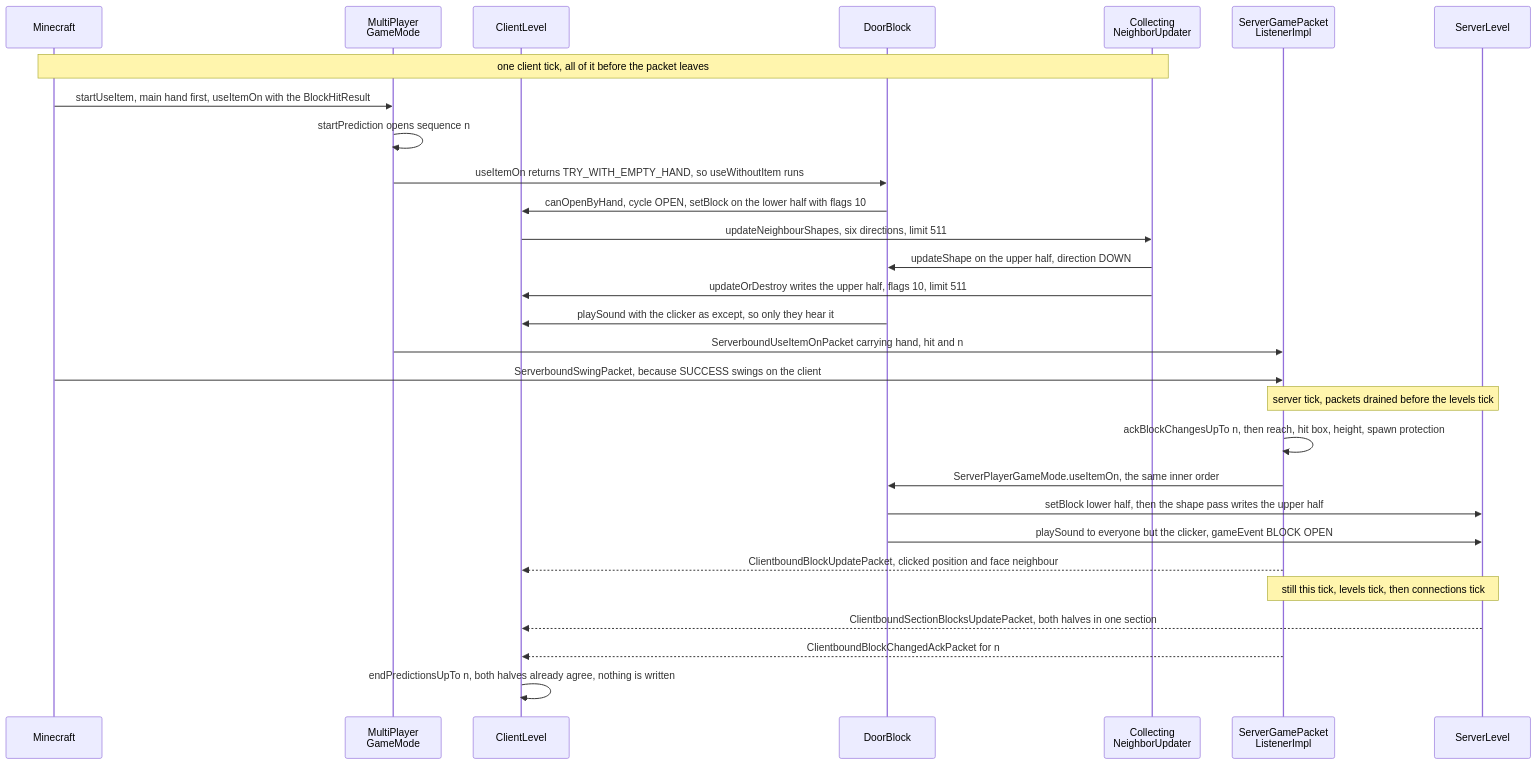
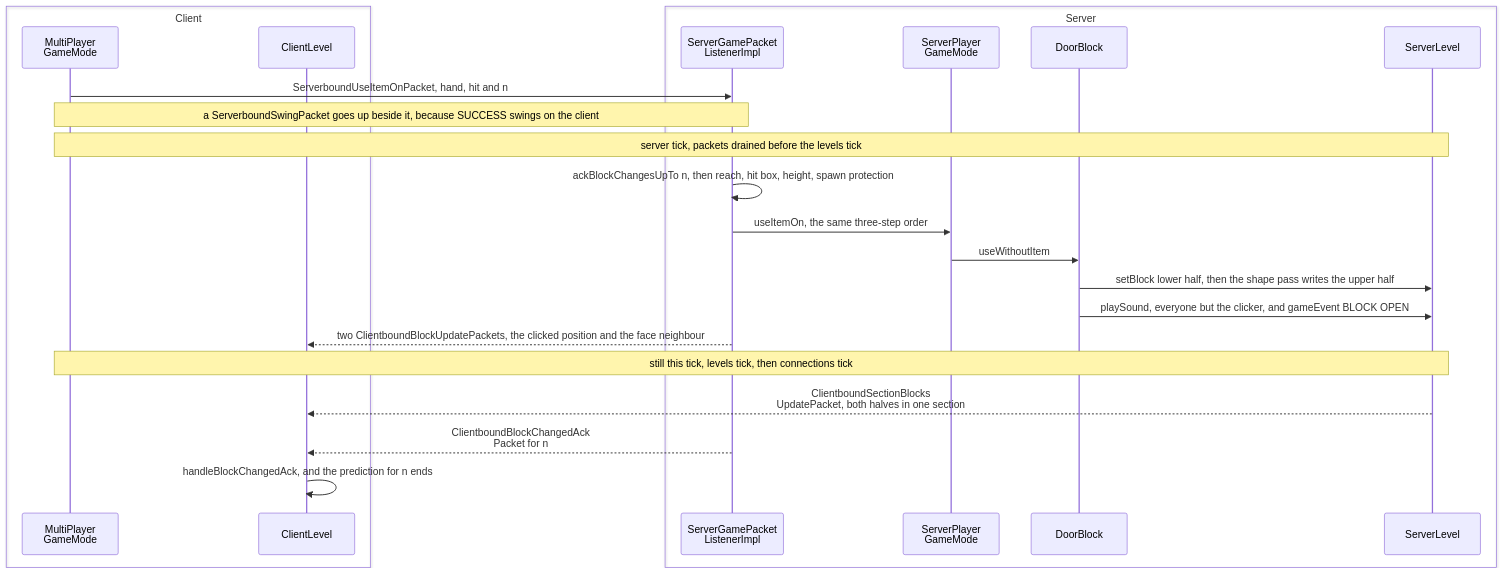
One commit to AlexanderjFraser/MinecraftDocs changed the second of 2 diagrams in src/systems/blocks/block-interaction.md. Above: the diagram before and after it, drawn with Mermaid. The commit also changed other lines of this file and 12 other files, not shown here.

````diff
--- a/src/systems/blocks/block-interaction.md
+++ b/src/systems/blocks/block-interaction.md
@@ -32,32 +62,27 @@
 ```mermaid
 sequenceDiagram
-    participant MC as Minecraft
-    participant MPGM as MultiPlayer<br/>GameMode
-    participant CL as ClientLevel
-    participant DB as DoorBlock
-    participant CNU as Collecting<br/>NeighborUpdater
-    participant SGPL as ServerGamePacket<br/>ListenerImpl
-    participant SL as ServerLevel
+    box Client
+        participant MPGM as MultiPlayer<br/>GameMode
+        participant CL as ClientLevel
+    end
+    box Server
+        participant SGPL as ServerGamePacket<br/>ListenerImpl
+        participant SPGM as ServerPlayer<br/>GameMode
+        participant DB as DoorBlock
+        participant SL as ServerLevel
+    end
 
-    Note over MC,CNU: one client tick, all of it before the packet leaves
-    MC->>MPGM: startUseItem, main hand first, useItemOn with the BlockHitResult
-    MPGM->>MPGM: startPrediction opens sequence n
-    MPGM->>DB: useItemOn returns TRY_WITH_EMPTY_HAND, so useWithoutItem runs
-    DB->>CL: canOpenByHand, cycle OPEN, setBlock on the lower half with flags 10
-    CL->>CNU: updateNeighbourShapes, six directions, limit 511
-    CNU->>DB: updateShape on the upper half, direction DOWN
-    CNU->>CL: updateOrDestroy writes the upper half, flags 10, limit 511
-    DB->>CL: playSound with the clicker as except, so only they hear it
-    MPGM->>SGPL: ServerboundUseItemOnPacket carrying hand, hit and n
-    MC->>SGPL: ServerboundSwingPacket, because SUCCESS swings on the client
-    Note over SGPL,SL: server tick, packets drained before the levels tick
+    MPGM->>SGPL: ServerboundUseItemOnPacket, hand, hit and n
+    Note over MPGM,SGPL: a ServerboundSwingPacket goes up beside it, because SUCCESS swings on the client
+    Note over MPGM,SL: server tick, packets drained before the levels tick
     SGPL->>SGPL: ackBlockChangesUpTo n, then reach, hit box, height, spawn protection
-    SGPL->>DB: ServerPlayerGameMode.useItemOn, the same inner order
+    SGPL->>SPGM: useItemOn, the same three-step order
+    SPGM->>DB: useWithoutItem
     DB->>SL: setBlock lower half, then the shape pass writes the upper half
-    DB->>SL: playSound to everyone but the clicker, gameEvent BLOCK OPEN
-    SGPL-->>CL: ClientboundBlockUpdatePacket, clicked position and face neighbour
-    Note over SGPL,SL: still this tick, levels tick, then connections tick
-    SL-->>CL: ClientboundSectionBlocksUpdatePacket, both halves in one section
-    SGPL-->>CL: ClientboundBlockChangedAckPacket for n
-    CL->>CL: endPredictionsUpTo n, both halves already agree, nothing is written
+    DB->>SL: playSound, everyone but the clicker, and gameEvent BLOCK OPEN
+    SGPL-->>CL: two ClientboundBlockUpdatePackets, the clicked position and the face neighbour
+    Note over MPGM,SL: still this tick, levels tick, then connections tick
+    SL-->>CL: ClientboundSectionBlocks<br/>UpdatePacket, both halves in one section
+    SGPL-->>CL: ClientboundBlockChangedAck<br/>Packet for n
+    CL->>CL: handleBlockChangedAck, and the prediction for n ends
 ```
````
